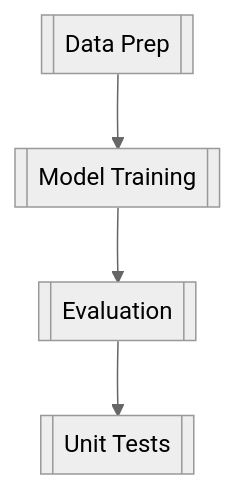
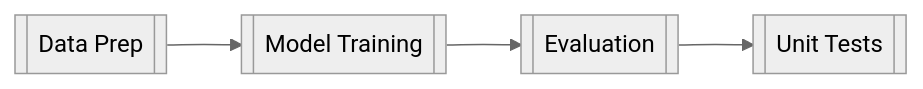
The fourth of 7 diagrams in slides.qmd (StatSocAus/tutorial_deploywithazure), drawn with Mermaid (neutral theme) before and after one commit. The commit also changed other lines of this file and 3 other files, not shown here.

````diff
--- a/slides.qmd
+++ b/slides.qmd
@@ -146,4 +213,4 @@
 ```{mermaid}
-graph TB
+graph LR
   a1[[Data Prep]]-->a2[[Model Training]]-->a3[[Evaluation]]-->a4[[Unit Tests]]
 ```
````
